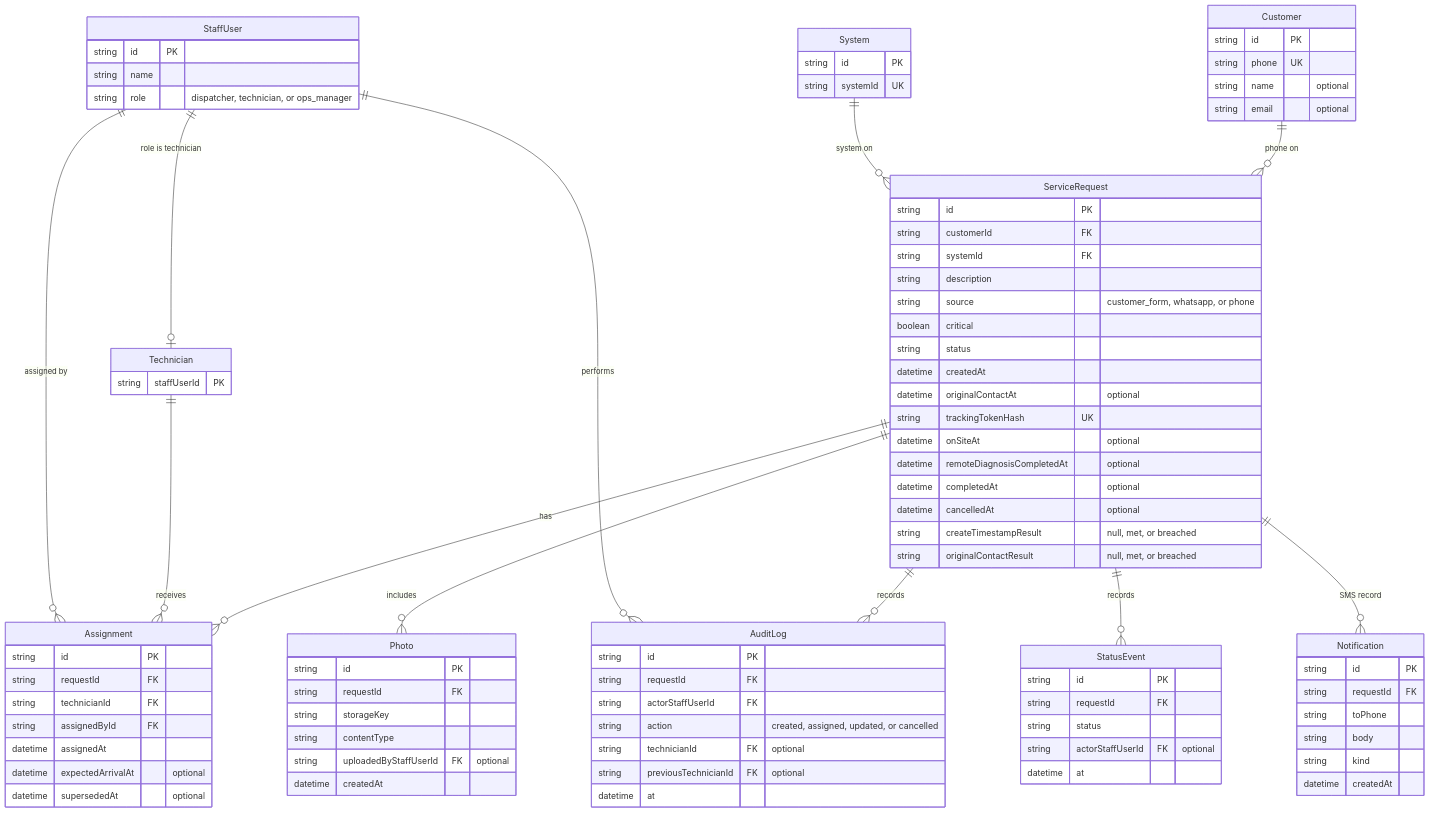
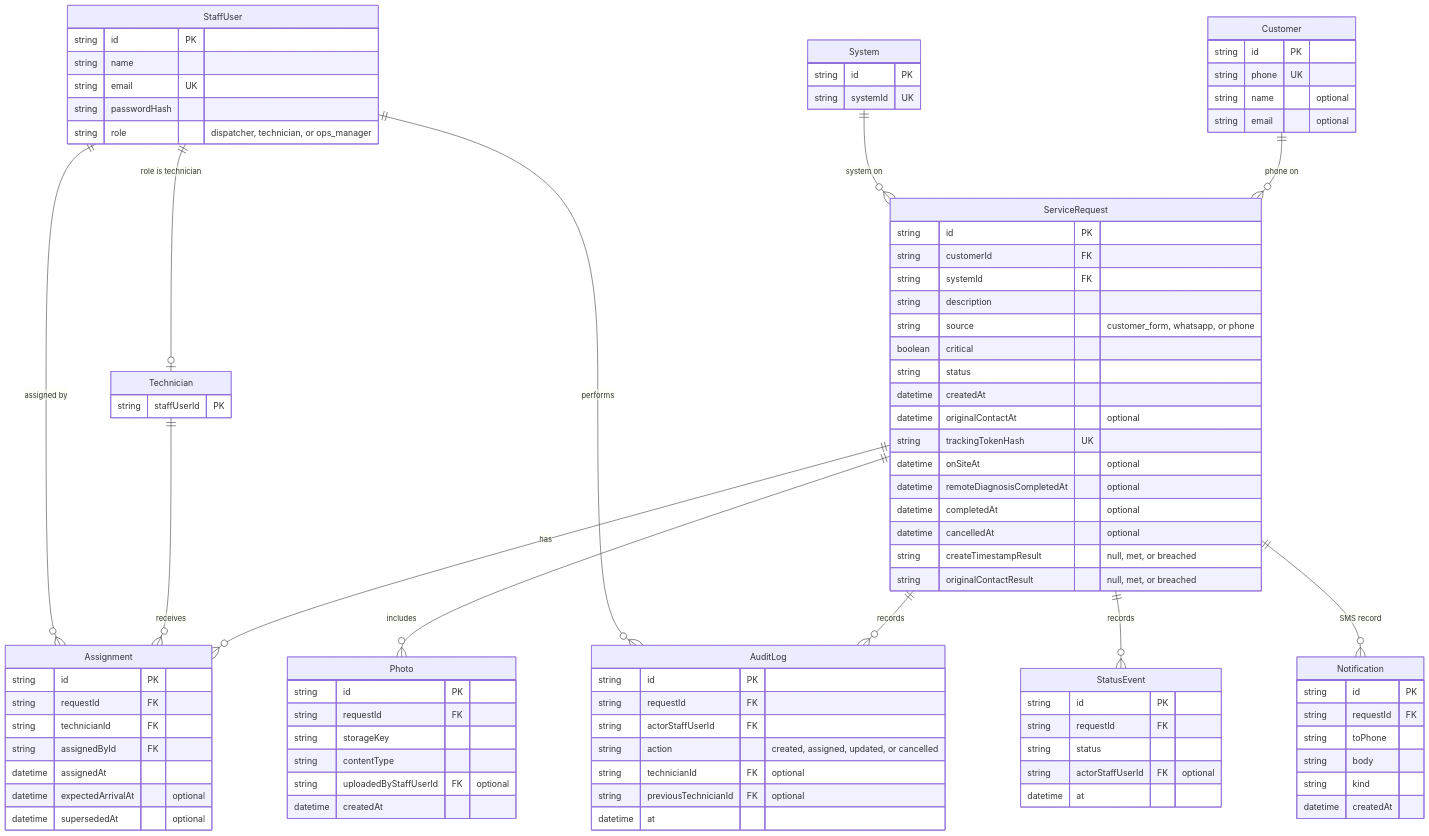
The second of 3 diagrams in docs/design/architecture.md (brightroof-demo-Ranga/fixflow), drawn with Mermaid before and after one commit. The commit also changed other lines of this file and 20 other files, not shown here.

```diff
--- a/docs/design/architecture.md
+++ b/docs/design/architecture.md
@@ -91,6 +91,8 @@
   StaffUser {
     string id PK
     string name
+    string email UK
+    string passwordHash
     string role "dispatcher, technician, or ops_manager"
   }
 
```
